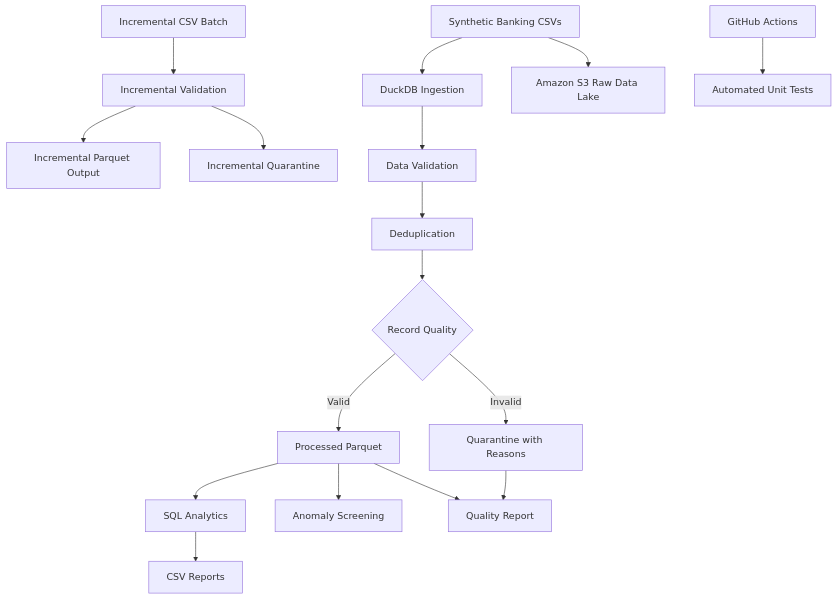
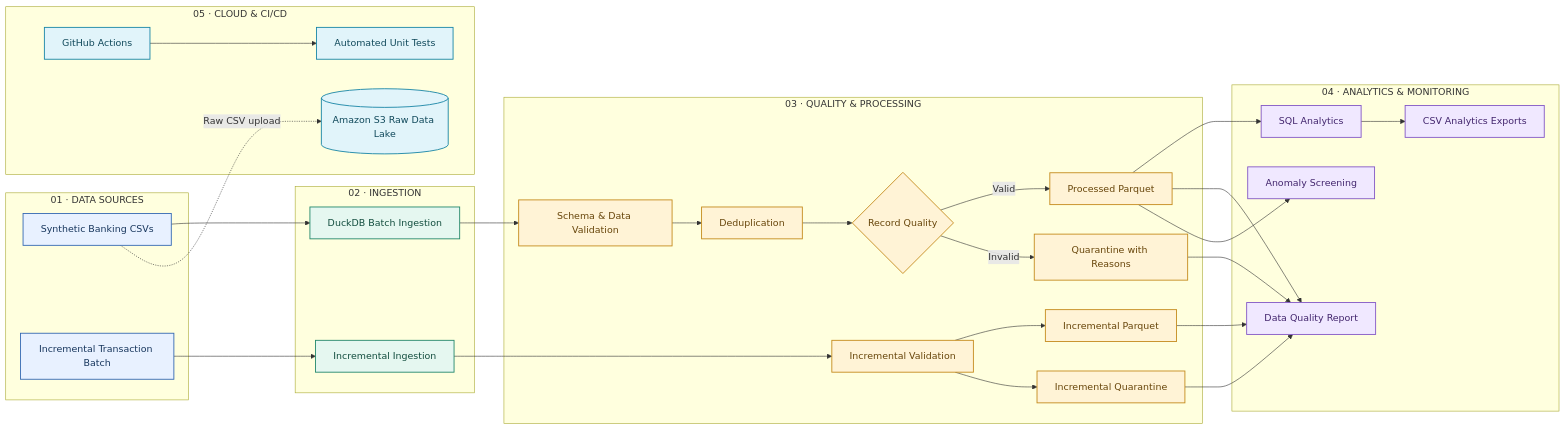
The diagram in README.md (Vaishnav-K/ai-enhanced-banking-data-platform), drawn with Mermaid before and after one commit.

Commit message:
Fix README architecture and document AWS S3 integration

````diff
--- a/README.md
+++ b/README.md
@@ -7,19 +7,71 @@
 ```mermaid
-flowchart TD
-    A[Synthetic Banking CSVs] --> B[DuckDB Ingestion]
-    B --> C[Data Validation]
-    C --> D[Deduplication]
-    D --> E{Record Quality}
-    E -->|Valid| F[Processed Parquet]
-    E -->|Invalid| G[Quarantine with Reasons]
-    F --> H[SQL Analytics]
-    F --> I[Anomaly Screening]
-    H --> J[CSV Reports]
-    F --> K[Quality Report]
-    G --> K
-    L[Incremental CSV Batch] --> M[Incremental Validation]
-    M --> N[Incremental Parquet Output]
-    M --> O[Incremental Quarantine]
-    P[GitHub Actions] --> Q[Automated Unit Tests]
-    A --> R[Amazon S3 Raw Data Lake]
+flowchart LR
+    subgraph SRC["01 · DATA SOURCES"]
+        A["Synthetic Banking CSVs"]
+        B["Incremental Transaction Batch"]
+    end
+
+    subgraph ING["02 · INGESTION"]
+        C["DuckDB Batch Ingestion"]
+        D["Incremental Ingestion"]
+    end
+
+    subgraph PROC["03 · QUALITY & PROCESSING"]
+        E["Schema & Data Validation"]
+        F["Deduplication"]
+        G{"Record Quality"}
+        H["Processed Parquet"]
+        I["Quarantine with Reasons"]
+        J["Incremental Validation"]
+        K["Incremental Parquet"]
+        L["Incremental Quarantine"]
+    end
+
+    subgraph ANA["04 · ANALYTICS & MONITORING"]
+        M["SQL Analytics"]
+        N["Data Quality Report"]
+        O["Anomaly Screening"]
+        P["CSV Analytics Exports"]
+    end
+
+    subgraph CLOUD["05 · CLOUD & CI/CD"]
+        Q[("Amazon S3 Raw Data Lake")]
+        R["GitHub Actions"]
+        S["Automated Unit Tests"]
+    end
+
+    A --> C
+    C --> E
+    E --> F
+    F --> G
+    G -->|Valid| H
+    G -->|Invalid| I
+
+    B --> D
+    D --> J
+    J --> K
+    J --> L
+
+    H --> M
+    H --> N
+    H --> O
+    M --> P
+    I --> N
+    K --> N
+    L --> N
+
+    A -. "Raw CSV upload" .-> Q
+    R --> S
+
+    classDef source fill:#E8F1FF,stroke:#3267B2,color:#17365D,stroke-width:1.5px
+    classDef ingest fill:#E5F7F0,stroke:#21876A,color:#124D3E,stroke-width:1.5px
+    classDef process fill:#FFF3D6,stroke:#C48A1B,color:#67450A,stroke-width:1.5px
+    classDef analytics fill:#F0E8FF,stroke:#8256C5,color:#42256D,stroke-width:1.5px
+    classDef cloud fill:#E1F4FA,stroke:#1684A5,color:#10495B,stroke-width:1.5px
+
+    class A,B source
+    class C,D ingest
+    class E,F,G,H,I,J,K,L process
+    class M,N,O,P analytics
+    class Q,R,S cloud
 ```
````
